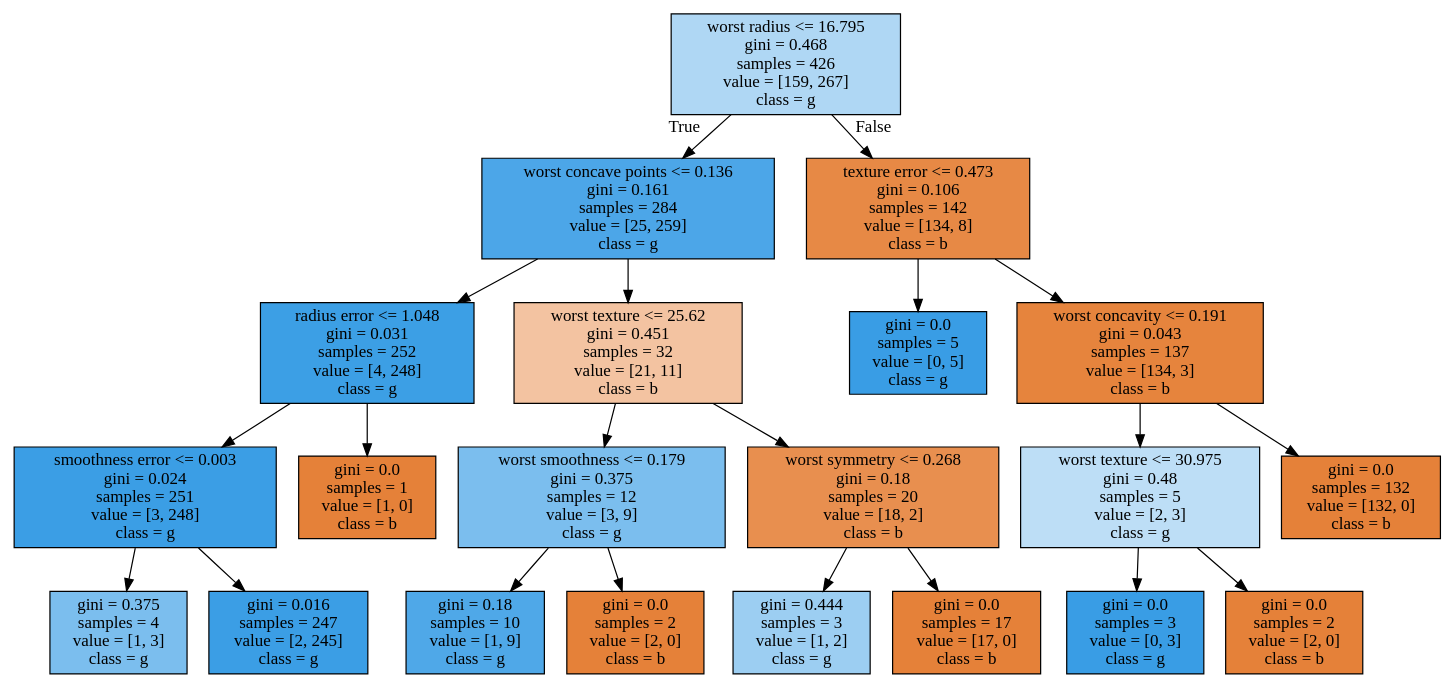
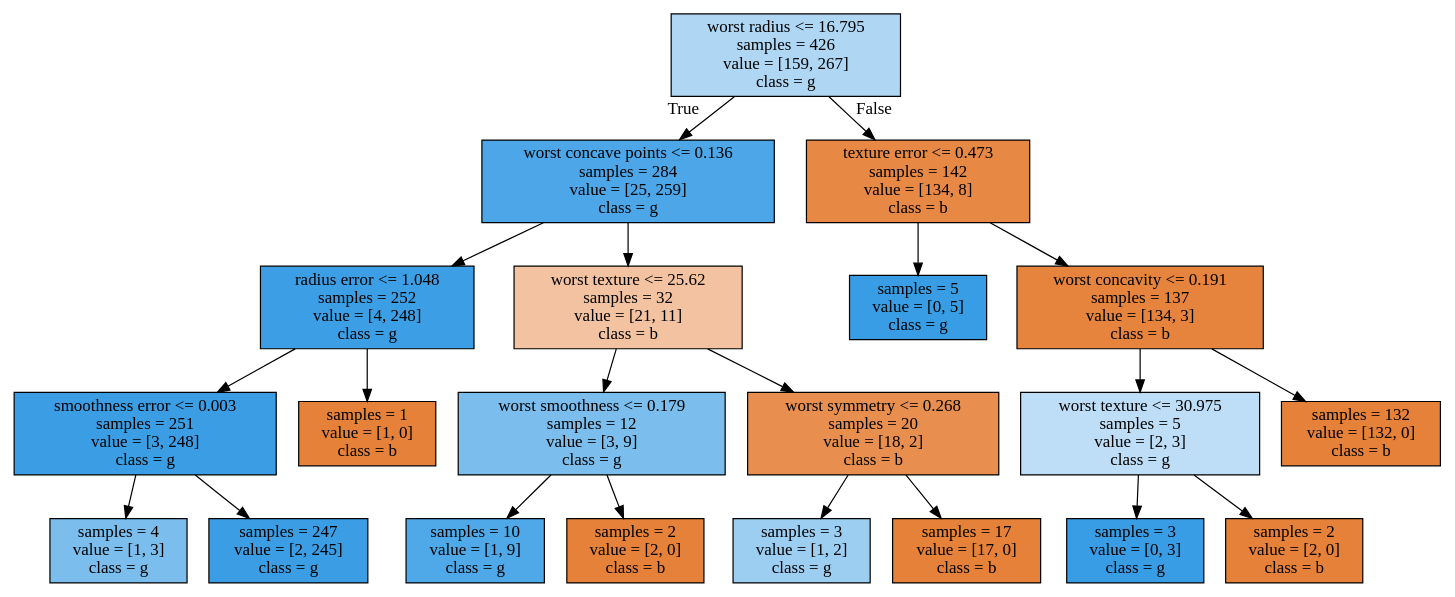
One commit to segwon1000/scikit_run changed the diagram in tree.dot. Above: the diagram before and after it, drawn with Graphviz. The commit also changed 2 other files, not shown here.

```diff
--- a/tree.dot
+++ b/tree.dot
@@ -1,44 +1,44 @@
 digraph Tree {
 node [shape=box, style="filled", color="black"] ;
-0 [label="worst radius <= 16.795\ngini = 0.468\nsamples = 426\nvalue = [159, 267]\nclass = g", fillcolor="#afd7f4"] ;
-1 [label="worst concave points <= 0.136\ngini = 0.161\nsamples = 284\nvalue = [25, 259]\nclass = g", fillcolor="#4ca6e8"] ;
+0 [label="worst radius <= 16.795\nsamples = 426\nvalue = [159, 267]\nclass = g", fillcolor="#afd7f4"] ;
+1 [label="worst concave points <= 0.136\nsamples = 284\nvalue = [25, 259]\nclass = g", fillcolor="#4ca6e8"] ;
 0 -> 1 [labeldistance=2.5, labelangle=45, headlabel="True"] ;
-2 [label="radius error <= 1.048\ngini = 0.031\nsamples = 252\nvalue = [4, 248]\nclass = g", fillcolor="#3c9fe5"] ;
+2 [label="radius error <= 1.048\nsamples = 252\nvalue = [4, 248]\nclass = g", fillcolor="#3c9fe5"] ;
 1 -> 2 ;
-3 [label="smoothness error <= 0.003\ngini = 0.024\nsamples = 251\nvalue = [3, 248]\nclass = g", fillcolor="#3b9ee5"] ;
+3 [label="smoothness error <= 0.003\nsamples = 251\nvalue = [3, 248]\nclass = g", fillcolor="#3b9ee5"] ;
 2 -> 3 ;
-4 [label="gini = 0.375\nsamples = 4\nvalue = [1, 3]\nclass = g", fillcolor="#7bbeee"] ;
+4 [label="samples = 4\nvalue = [1, 3]\nclass = g", fillcolor="#7bbeee"] ;
 3 -> 4 ;
-5 [label="gini = 0.016\nsamples = 247\nvalue = [2, 245]\nclass = g", fillcolor="#3b9ee5"] ;
+5 [label="samples = 247\nvalue = [2, 245]\nclass = g", fillcolor="#3b9ee5"] ;
 3 -> 5 ;
-6 [label="gini = 0.0\nsamples = 1\nvalue = [1, 0]\nclass = b", fillcolor="#e58139"] ;
+6 [label="samples = 1\nvalue = [1, 0]\nclass = b", fillcolor="#e58139"] ;
 2 -> 6 ;
-7 [label="worst texture <= 25.62\ngini = 0.451\nsamples = 32\nvalue = [21, 11]\nclass = b", fillcolor="#f3c3a1"] ;
+7 [label="worst texture <= 25.62\nsamples = 32\nvalue = [21, 11]\nclass = b", fillcolor="#f3c3a1"] ;
 1 -> 7 ;
-8 [label="worst smoothness <= 0.179\ngini = 0.375\nsamples = 12\nvalue = [3, 9]\nclass = g", fillcolor="#7bbeee"] ;
+8 [label="worst smoothness <= 0.179\nsamples = 12\nvalue = [3, 9]\nclass = g", fillcolor="#7bbeee"] ;
 7 -> 8 ;
-9 [label="gini = 0.18\nsamples = 10\nvalue = [1, 9]\nclass = g", fillcolor="#4fa8e8"] ;
+9 [label="samples = 10\nvalue = [1, 9]\nclass = g", fillcolor="#4fa8e8"] ;
 8 -> 9 ;
-10 [label="gini = 0.0\nsamples = 2\nvalue = [2, 0]\nclass = b", fillcolor="#e58139"] ;
+10 [label="samples = 2\nvalue = [2, 0]\nclass = b", fillcolor="#e58139"] ;
 8 -> 10 ;
-11 [label="worst symmetry <= 0.268\ngini = 0.18\nsamples = 20\nvalue = [18, 2]\nclass = b", fillcolor="#e88f4f"] ;
+11 [label="worst symmetry <= 0.268\nsamples = 20\nvalue = [18, 2]\nclass = b", fillcolor="#e88f4f"] ;
 7 -> 11 ;
-12 [label="gini = 0.444\nsamples = 3\nvalue = [1, 2]\nclass = g", fillcolor="#9ccef2"] ;
+12 [label="samples = 3\nvalue = [1, 2]\nclass = g", fillcolor="#9ccef2"] ;
 11 -> 12 ;
-13 [label="gini = 0.0\nsamples = 17\nvalue = [17, 0]\nclass = b", fillcolor="#e58139"] ;
+13 [label="samples = 17\nvalue = [17, 0]\nclass = b", fillcolor="#e58139"] ;
 11 -> 13 ;
-14 [label="texture error <= 0.473\ngini = 0.106\nsamples = 142\nvalue = [134, 8]\nclass = b", fillcolor="#e78945"] ;
+14 [label="texture error <= 0.473\nsamples = 142\nvalue = [134, 8]\nclass = b", fillcolor="#e78945"] ;
 0 -> 14 [labeldistance=2.5, labelangle=-45, headlabel="False"] ;
-15 [label="gini = 0.0\nsamples = 5\nvalue = [0, 5]\nclass = g", fillcolor="#399de5"] ;
+15 [label="samples = 5\nvalue = [0, 5]\nclass = g", fillcolor="#399de5"] ;
 14 -> 15 ;
-16 [label="worst concavity <= 0.191\ngini = 0.043\nsamples = 137\nvalue = [134, 3]\nclass = b", fillcolor="#e6843d"] ;
+16 [label="worst concavity <= 0.191\nsamples = 137\nvalue = [134, 3]\nclass = b", fillcolor="#e6843d"] ;
 14 -> 16 ;
-17 [label="worst texture <= 30.975\ngini = 0.48\nsamples = 5\nvalue = [2, 3]\nclass = g", fillcolor="#bddef6"] ;
+17 [label="worst texture <= 30.975\nsamples = 5\nvalue = [2, 3]\nclass = g", fillcolor="#bddef6"] ;
 16 -> 17 ;
-18 [label="gini = 0.0\nsamples = 3\nvalue = [0, 3]\nclass = g", fillcolor="#399de5"] ;
+18 [label="samples = 3\nvalue = [0, 3]\nclass = g", fillcolor="#399de5"] ;
 17 -> 18 ;
-19 [label="gini = 0.0\nsamples = 2\nvalue = [2, 0]\nclass = b", fillcolor="#e58139"] ;
+19 [label="samples = 2\nvalue = [2, 0]\nclass = b", fillcolor="#e58139"] ;
 17 -> 19 ;
-20 [label="gini = 0.0\nsamples = 132\nvalue = [132, 0]\nclass = b", fillcolor="#e58139"] ;
+20 [label="samples = 132\nvalue = [132, 0]\nclass = b", fillcolor="#e58139"] ;
 16 -> 20 ;
 }
```
